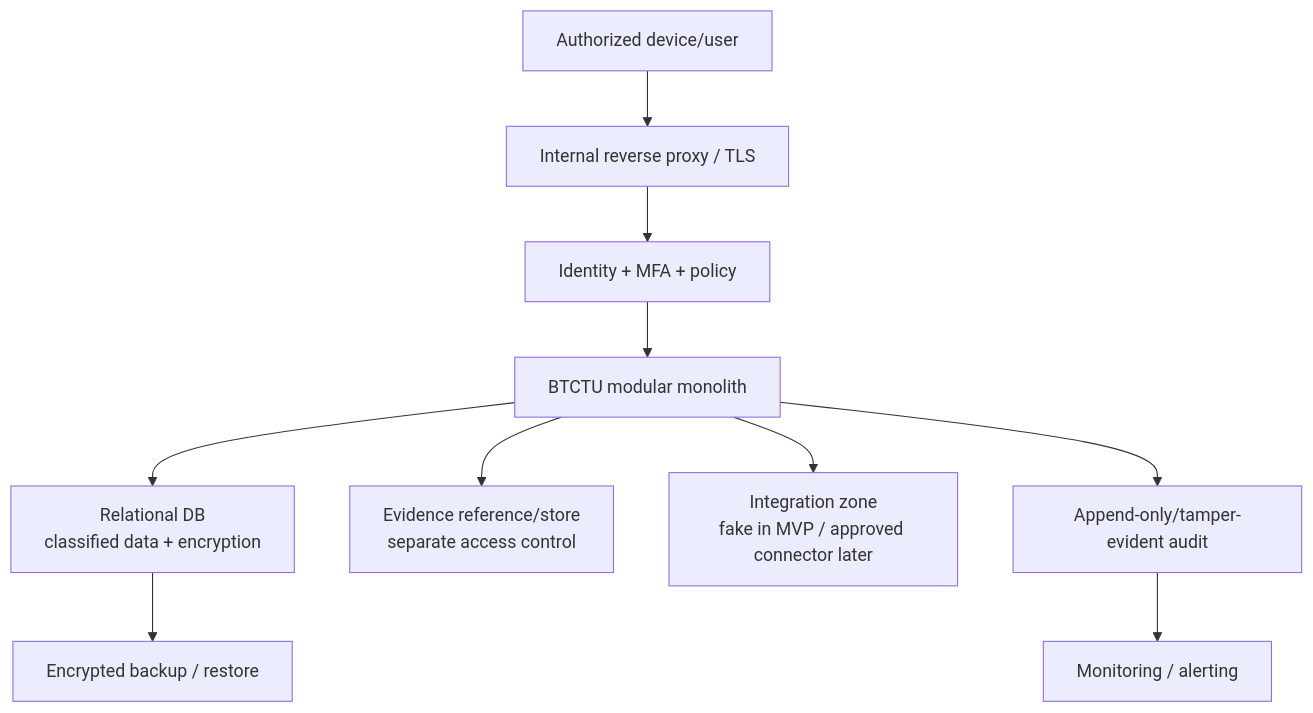
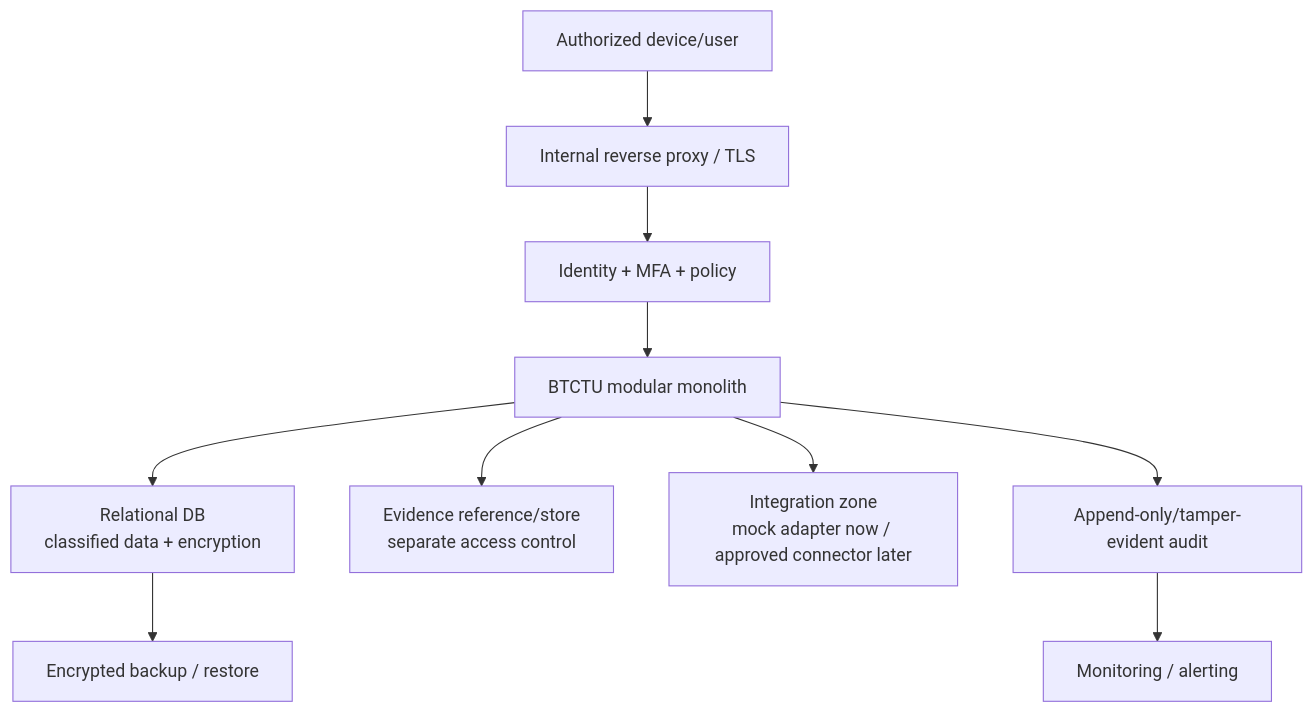
One commit to chotr/BTCTU changed the diagram in docs/04-system-design/security-architecture.md. Above: the diagram before and after it, drawn with Mermaid. The commit also changed other lines of this file and 187 other files, not shown here.

````diff
--- a/docs/04-system-design/security-architecture.md
+++ b/docs/04-system-design/security-architecture.md
@@ -20,15 +20,15 @@
 ```mermaid
 flowchart TB
   DEVICE["Authorized device/user"] --> EDGE["Internal reverse proxy / TLS"]
   EDGE --> IAM["Identity + MFA + policy"]
   IAM --> APP["BTCTU modular monolith"]
   APP --> DB["Relational DB
 classified data + encryption"]
   APP --> EV["Evidence reference/store
 separate access control"]
   APP --> INT["Integration zone
-fake in MVP / approved connector later"]
+mock adapter now / approved connector later"]
   APP --> AUD["Append-only/tamper-evident audit"]
   DB --> BAK["Encrypted backup / restore"]
   AUD --> MON["Monitoring / alerting"]
 ```
````
